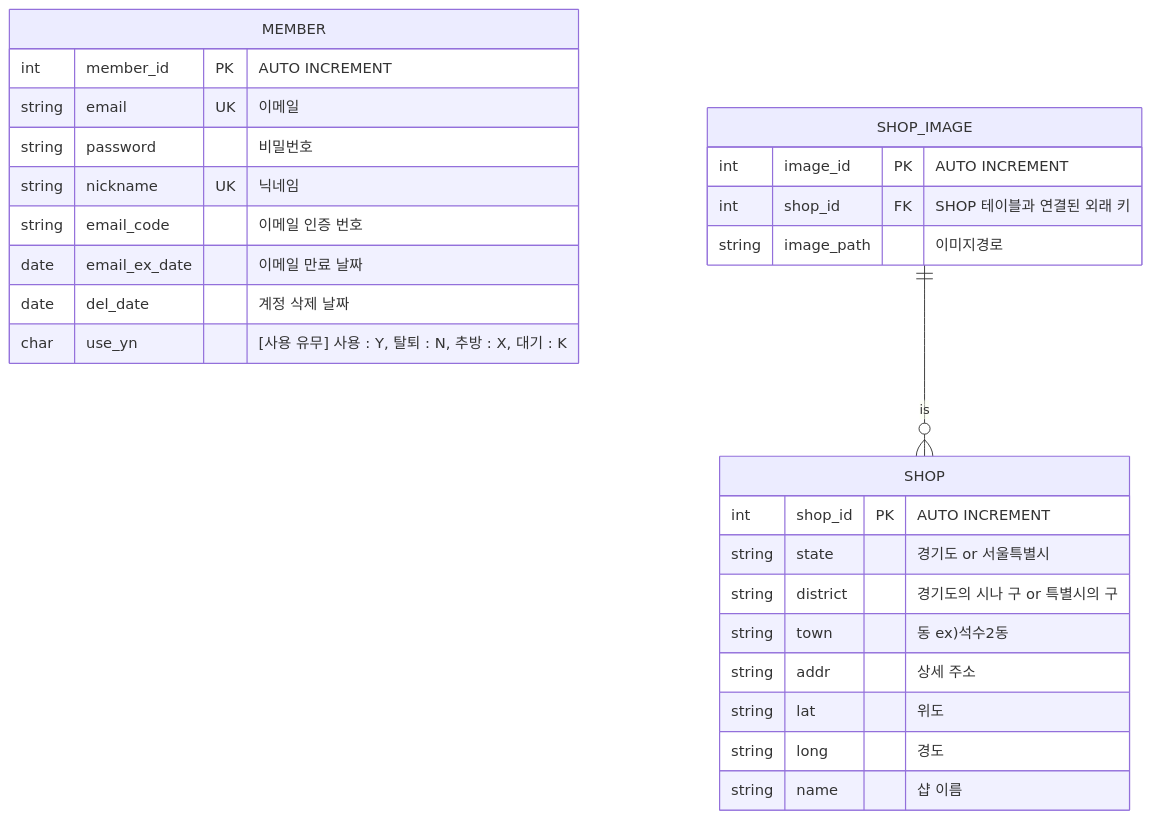
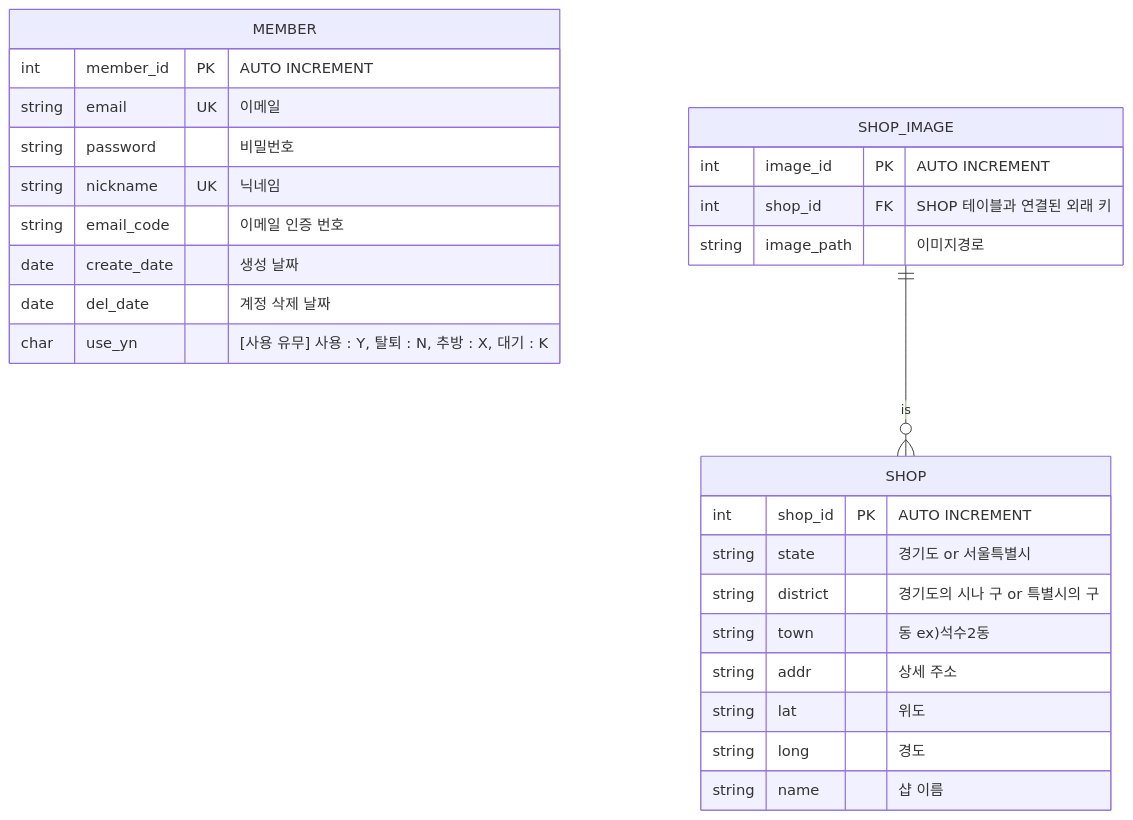
One commit to kimyezzang97/NewVintly changed the diagram in mermaid/erd.md. Above: the diagram before and after it, drawn with Mermaid. The commit also changed 1 other file, not shown here.

Commit message:
erd, join.md 수정
erd : 이메일 만료 날짜 x > 계정 생성 날짜로 교체
flow[join] : 3일 후 삭제 > 1일 후 삭제로 변경

````diff
--- a/mermaid/erd.md
+++ b/mermaid/erd.md
@@ -1,30 +1,30 @@
 ```mermaid
 erDiagram
     MEMBER {
         int member_id PK "AUTO INCREMENT"
         string email UK "이메일"
         string password "비밀번호"
         string nickname UK "닉네임"
         string email_code "이메일 인증 번호"
-        date email_ex_date "이메일 만료 날짜"
+        date create_date "생성 날짜"
         date del_date "계정 삭제 날짜"
         char use_yn "[사용 유무] 사용 : Y, 탈퇴 : N, 추방 : X, 대기 : K"
     }
     
     SHOP {
         int shop_id PK "AUTO INCREMENT"
         string state "경기도 or 서울특별시"
         string district "경기도의 시나 구 or 특별시의 구"
         string town "동 ex)석수2동"
         string addr "상세 주소"
         string lat "위도"
         string long "경도"
         string name "샵 이름"
     }
     SHOP_IMAGE ||--o{ SHOP : is
     SHOP_IMAGE {
         int image_id PK  "AUTO INCREMENT"
         int shop_id FK "SHOP 테이블과 연결된 외래 키"
         string image_path "이미지경로"
     }
 ```
````
